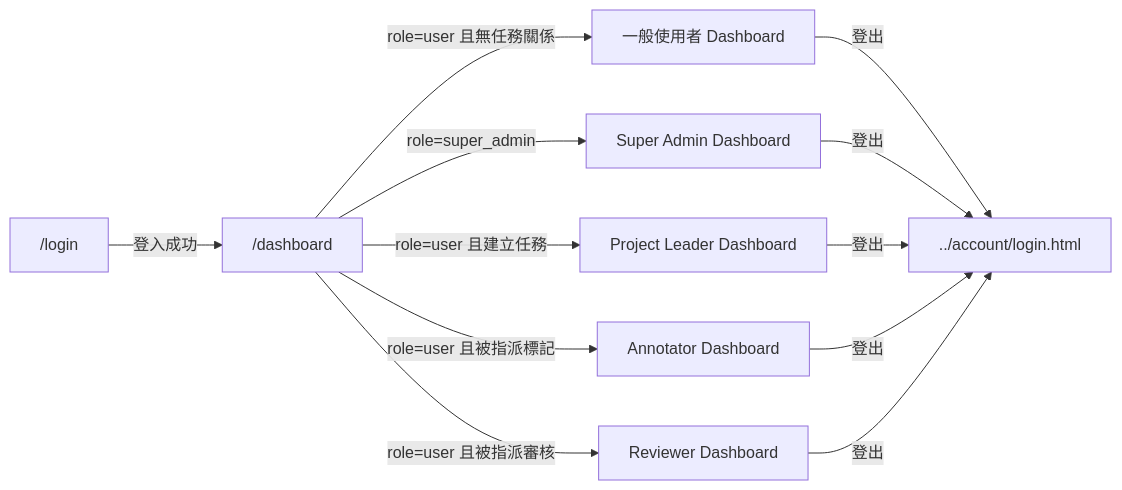
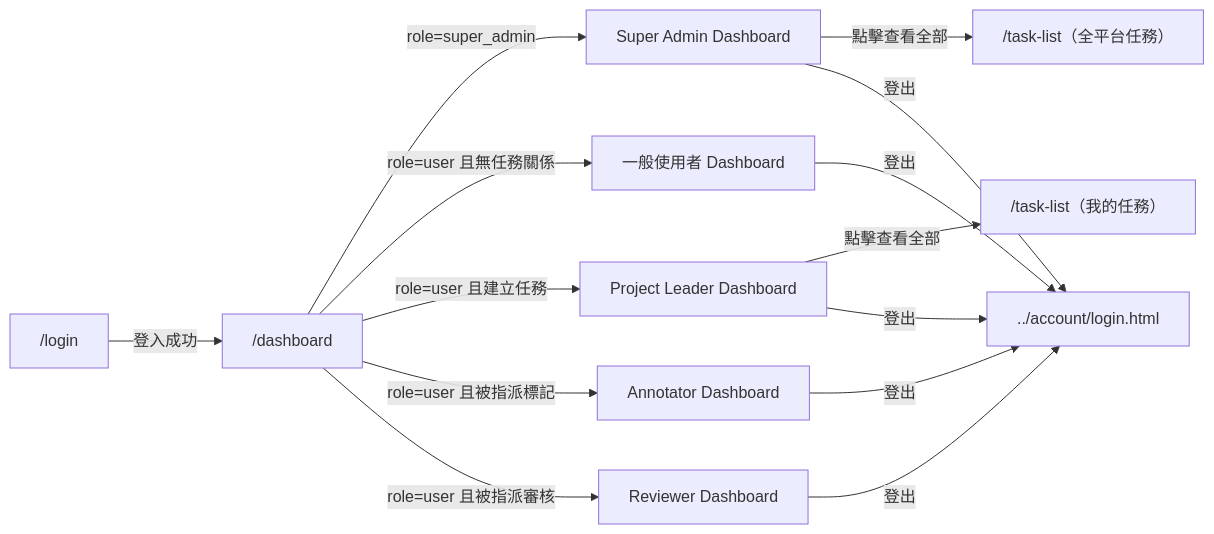
The second of 2 diagrams in specs/dashboard/012-dashboard/spec.md (singyichen/label-suite), drawn with Mermaid before and after one commit. The commit also changed other lines of this file and 2 other files, not shown here.

Commit message:
feat(dashboard): align view-all task list navigation

````diff
--- a/specs/dashboard/012-dashboard/spec.md
+++ b/specs/dashboard/012-dashboard/spec.md
@@ -366,23 +370,25 @@
 ```mermaid
 flowchart LR
     login["/login"]
     dashboard["/dashboard"]
     user["一般使用者 Dashboard"]
     sa["Super Admin Dashboard"]
     pl["Project Leader Dashboard"]
     an["Annotator Dashboard"]
     rv["Reviewer Dashboard"]
     logout["../account/login.html"]
 
     login -->|登入成功| dashboard
     dashboard -->|role=super_admin| sa
     dashboard -->|role=user 且無任務關係| user
     dashboard -->|role=user 且建立任務| pl
     dashboard -->|role=user 且被指派標記| an
     dashboard -->|role=user 且被指派審核| rv
+    sa -->|點擊查看全部| tasklistAll["/task-list（全平台任務）"]
+    pl -->|點擊查看全部| tasklistMine["/task-list（我的任務）"]
     user -->|登出| logout
     sa -->|登出| logout
     pl -->|登出| logout
     an -->|登出| logout
     rv -->|登出| logout
 ```
````
